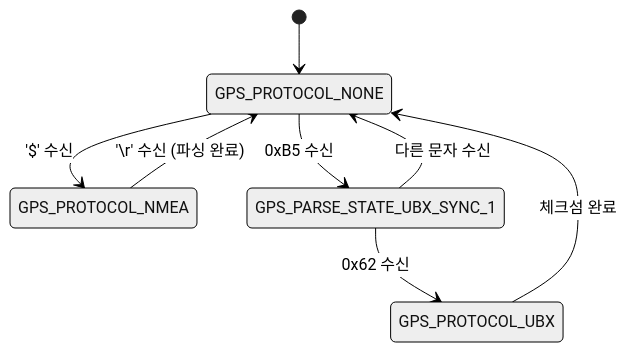
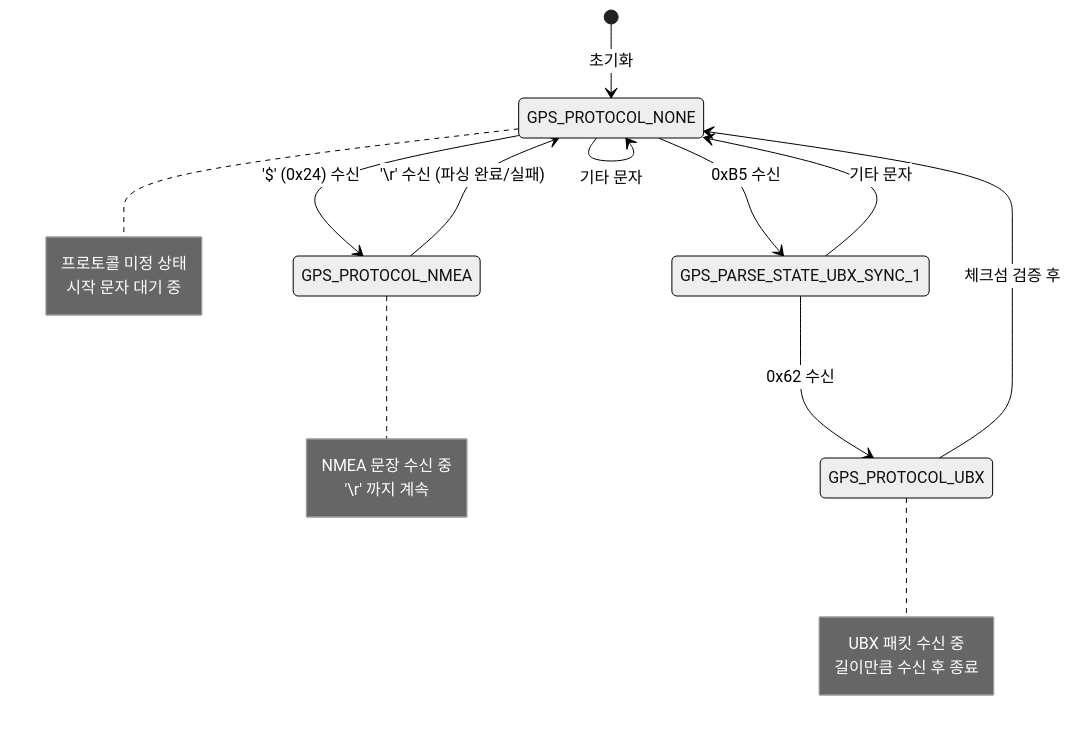
Before and after one commit to mj-kang-iotiz/my_test: the fourth of 10 diagrams in docs/GPS_LIBRARY.md, drawn with Mermaid (neutral theme). The commit also changed other lines of this file and 2 other files, not shown here.

First line of the commit message:
docs: GPS, GSM, LED 라이브러리 기술 문서 대폭 보강

````diff
--- a/docs/GPS_LIBRARY.md
+++ b/docs/GPS_LIBRARY.md
@@ -298,12 +658,30 @@
 ```mermaid
 stateDiagram-v2
-    [*] --> GPS_PROTOCOL_NONE
+    [*] --> GPS_PROTOCOL_NONE : 초기화
 
-    GPS_PROTOCOL_NONE --> GPS_PROTOCOL_NMEA : '$' 수신
+    GPS_PROTOCOL_NONE --> GPS_PROTOCOL_NMEA : '$' (0x24) 수신
     GPS_PROTOCOL_NONE --> GPS_PARSE_STATE_UBX_SYNC_1 : 0xB5 수신
+    GPS_PROTOCOL_NONE --> GPS_PROTOCOL_NONE : 기타 문자
+
     GPS_PARSE_STATE_UBX_SYNC_1 --> GPS_PROTOCOL_UBX : 0x62 수신
-    GPS_PARSE_STATE_UBX_SYNC_1 --> GPS_PROTOCOL_NONE : 다른 문자 수신
+    GPS_PARSE_STATE_UBX_SYNC_1 --> GPS_PROTOCOL_NONE : 기타 문자
 
-    GPS_PROTOCOL_NMEA --> GPS_PROTOCOL_NONE : '\r' 수신 (파싱 완료)
-    GPS_PROTOCOL_UBX --> GPS_PROTOCOL_NONE : 체크섬 완료
+    GPS_PROTOCOL_NMEA --> GPS_PROTOCOL_NONE : '\r' 수신 (파싱 완료/실패)
+
+    GPS_PROTOCOL_UBX --> GPS_PROTOCOL_NONE : 체크섬 검증 후
+
+    note right of GPS_PROTOCOL_NONE
+        프로토콜 미정 상태
+        시작 문자 대기 중
+    end note
+
+    note right of GPS_PROTOCOL_NMEA
+        NMEA 문장 수신 중
+        '\r' 까지 계속
+    end note
+
+    note right of GPS_PROTOCOL_UBX
+        UBX 패킷 수신 중
+        길이만큼 수신 후 종료
+    end note
 ```
````
